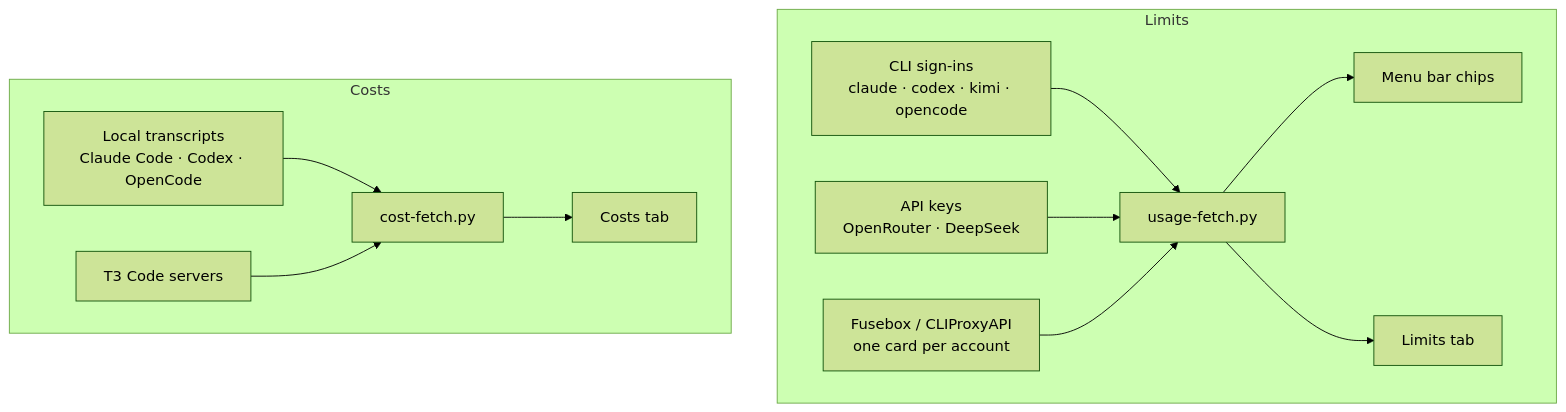
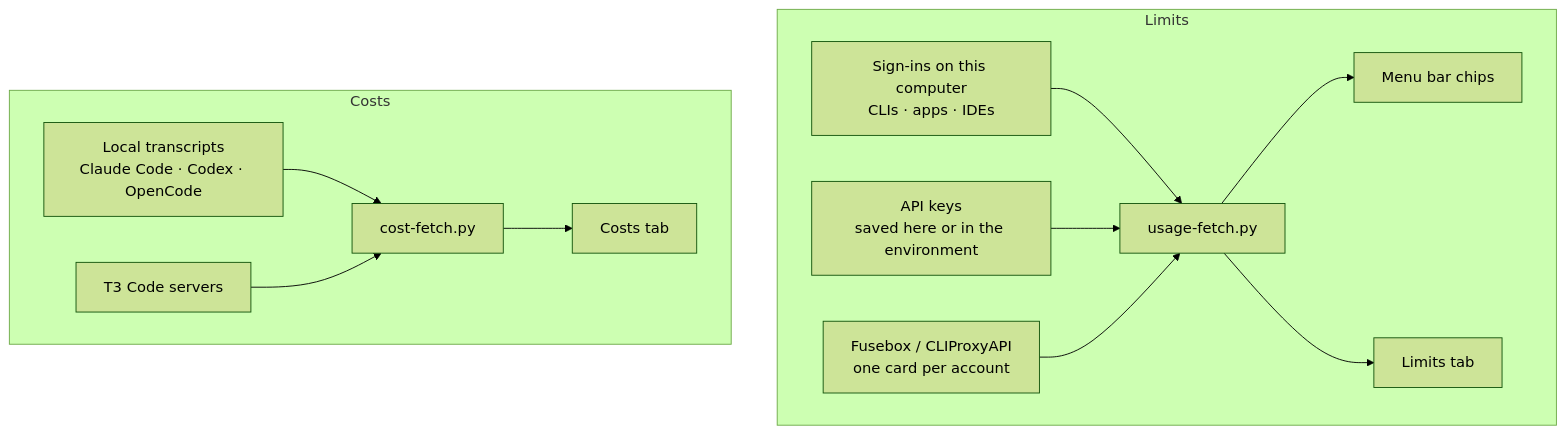
One commit to JanitorHead/omarchy-quotatank changed the diagram in README.md. Above: the diagram before and after it, drawn with Mermaid (forest theme). The commit also changed other lines of this file and 13 other files, not shown here.

````diff
--- a/README.md
+++ b/README.md
@@ -156,15 +160,15 @@
 ```mermaid
 flowchart TB
   subgraph Limits
-    cli["CLI sign-ins<br/>claude · codex · kimi · opencode"] --> uf["usage-fetch.py"]
-    keys["API keys<br/>OpenRouter · DeepSeek"] --> uf
+    cli["Sign-ins on this computer<br/>CLIs · apps · IDEs"] --> uf["usage-fetch.py"]
+    keys["API keys<br/>saved here or in the environment"] --> uf
     proxy["Fusebox / CLIProxyAPI<br/>one card per account"] --> uf
     uf --> chips["Menu bar chips"]
     uf --> panel["Limits tab"]
   end
   subgraph Costs
     logs["Local transcripts<br/>Claude Code · Codex · OpenCode"] --> cf["cost-fetch.py"]
     t3["T3 Code servers"] --> cf
     cf --> costs["Costs tab"]
   end
 ```
````
